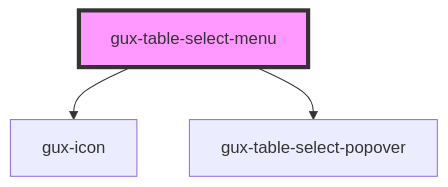
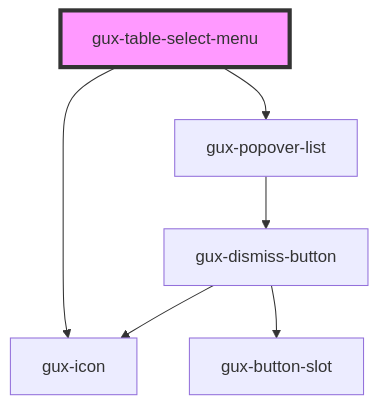
Before and after one commit to MyPureCloud/genesys-spark: the diagram in packages/genesys-spark-components/src/components/stable/gux-table/gux-table-select-menu/readme.md, drawn with Mermaid. The commit also changed other lines of this file and 7 other files, not shown here.

First line of the commit message:
refactor(table-header-popover): remove popper js depen

````diff
--- a/packages/genesys-spark-components/src/components/stable/gux-table/gux-table-select-menu/readme.md
+++ b/packages/genesys-spark-components/src/components/stable/gux-table/gux-table-select-menu/readme.md
@@ -31,6 +31,9 @@
 ```mermaid
 graph TD;
   gux-table-select-menu --> gux-icon
-  gux-table-select-menu --> gux-table-select-popover
+  gux-table-select-menu --> gux-popover-list
+  gux-popover-list --> gux-dismiss-button
+  gux-dismiss-button --> gux-button-slot
+  gux-dismiss-button --> gux-icon
   style gux-table-select-menu fill:#f9f,stroke:#333,stroke-width:4px
 ```
````
